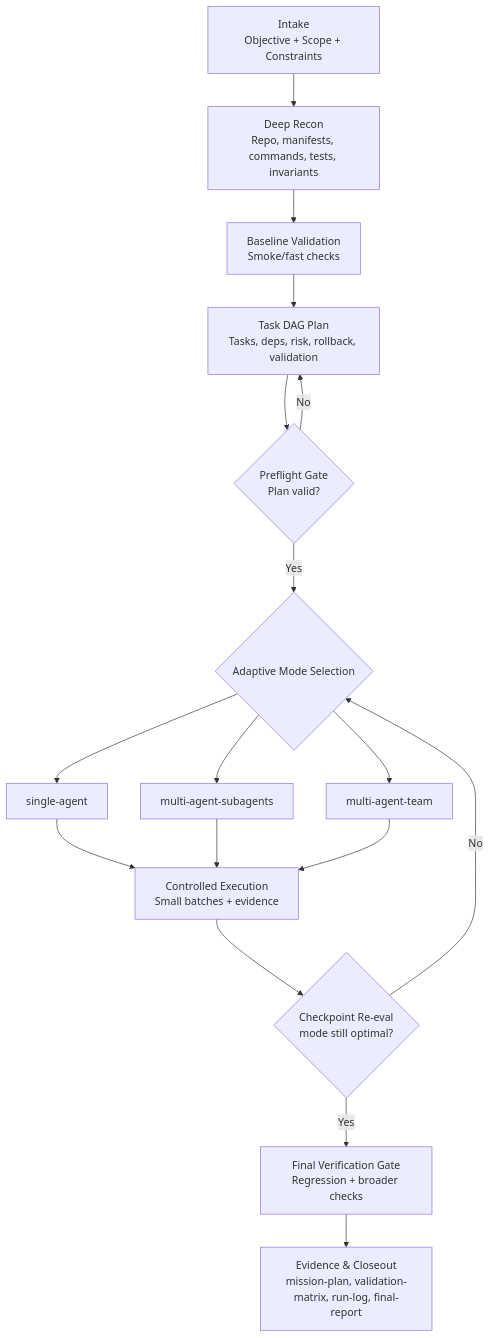
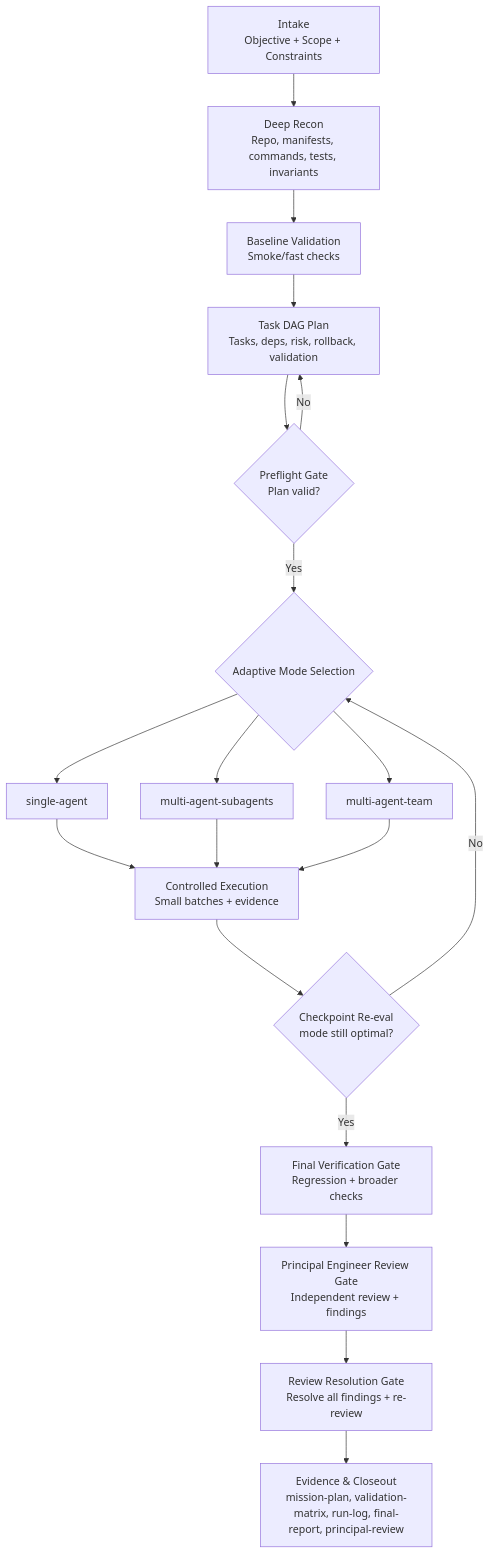
One commit to sandeepkv93/mission-ops changed the diagram in README.md. Above: the diagram before and after it, drawn with Mermaid. The commit also changed other lines of this file and 8 other files, not shown here.

Commit message:
feat: add principal review and resolution gates to mission flow

````diff
--- a/README.md
+++ b/README.md
@@ -119,19 +125,21 @@
 ```mermaid
 flowchart TD
     A["Intake<br/>Objective + Scope + Constraints"] --> B["Deep Recon<br/>Repo, manifests, commands, tests, invariants"]
     B --> C["Baseline Validation<br/>Smoke/fast checks"]
     C --> D["Task DAG Plan<br/>Tasks, deps, risk, rollback, validation"]
     D --> E{"Preflight Gate<br/>Plan valid?"}
     E -- "No" --> D
     E -- "Yes" --> F{"Adaptive Mode Selection"}
     F --> F1["single-agent"]
     F --> F2["multi-agent-subagents"]
     F --> F3["multi-agent-team"]
     F1 --> G["Controlled Execution<br/>Small batches + evidence"]
     F2 --> G
     F3 --> G
     G --> H{"Checkpoint Re-eval<br/>mode still optimal?"}
     H -- "No" --> F
     H -- "Yes" --> I["Final Verification Gate<br/>Regression + broader checks"]
-    I --> J["Evidence & Closeout<br/>mission-plan, validation-matrix, run-log, final-report"]
+    I --> J["Principal Engineer Review Gate<br/>Independent review + findings"]
+    J --> K["Review Resolution Gate<br/>Resolve all findings + re-review"]
+    K --> L["Evidence & Closeout<br/>mission-plan, validation-matrix, run-log, final-report, principal-review"]
 ```
````
